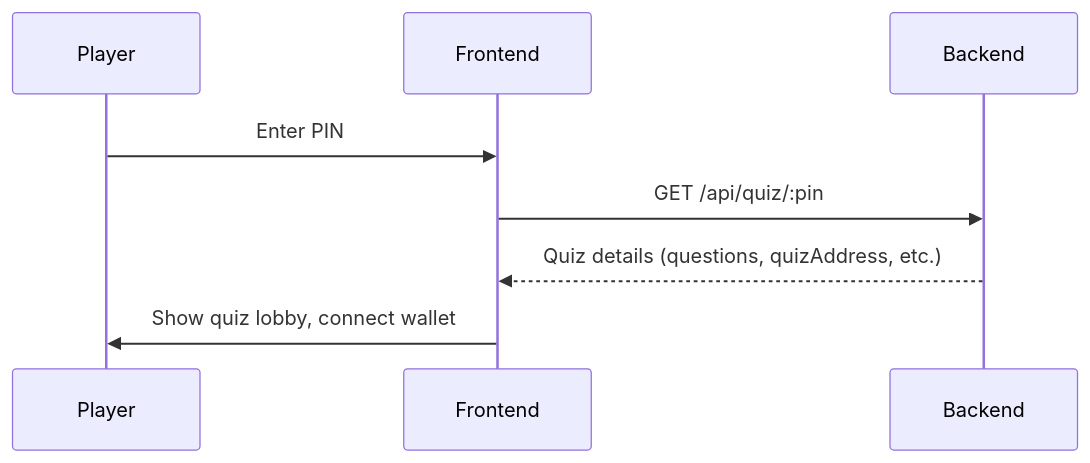
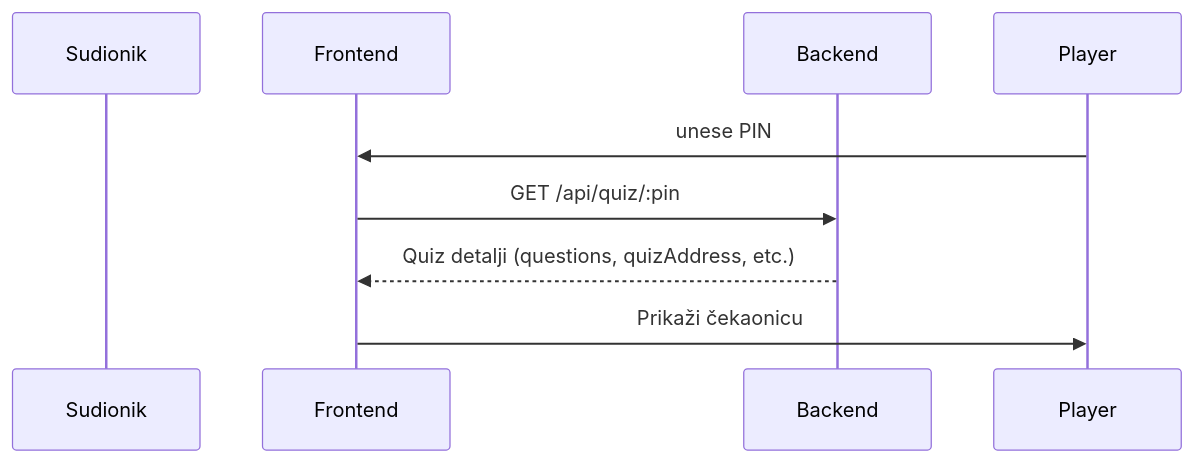
One commit to ian12-21/QuizApp-Frontend changed the third of 6 diagrams in README_Version3.md. Above: the diagram before and after it, drawn with Mermaid. The commit also changed other lines of this file, not shown here.

````diff
--- a/README_Version3.md
+++ b/README_Version3.md
@@ -53,11 +53,11 @@
 ```mermaid
 sequenceDiagram
-    participant Player
+    participant Sudionik
     participant Frontend
     participant Backend
 
-    Player->>Frontend: Enter PIN
+    Player->>Frontend: unese PIN
     Frontend->>Backend: GET /api/quiz/:pin
-    Backend-->>Frontend: Quiz details (questions, quizAddress, etc.)
-    Frontend->>Player: Show quiz lobby, connect wallet
+    Backend-->>Frontend: Quiz detalji (questions, quizAddress, etc.)
+    Frontend->>Player: Prikaži čekaonicu
 ```
````
